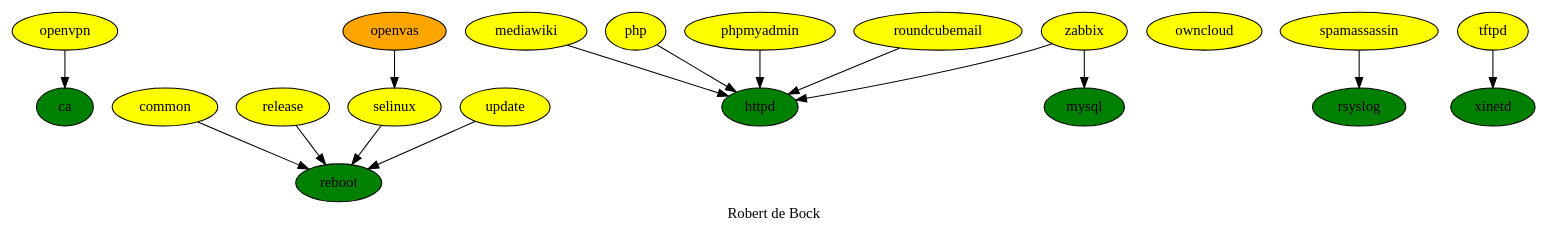
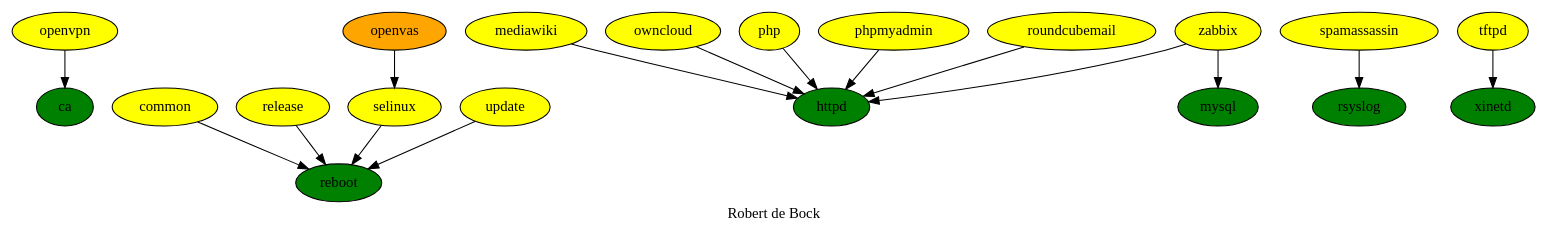
One commit to robertdebock/drawings changed the diagram in hard-dependencies.dot. Above: the diagram before and after it, drawn with Graphviz.

Commit message:
Depend owncloud on httpd

```diff
--- a/hard-dependencies.dot
+++ b/hard-dependencies.dot
@@ -1,32 +1,32 @@
 digraph hierarchy {
   label = "Robert de Bock" ;
   {
     ca [fillcolor=green style=filled]
     common [fillcolor=yellow style=filled]
     httpd [fillcolor=green style=filled]
     mediawiki [fillcolor=yellow style=filled]
     mysql [fillcolor=green style=filled]
     openvas [fillcolor=orange style=filled]
     openvpn [fillcolor=yellow style=filled]
     owncloud [fillcolor=yellow style=filled]
     php [fillcolor=yellow style=filled]
     phpmyadmin [fillcolor=yellow style=filled]
     reboot [fillcolor=green style=filled]
     release [fillcolor=yellow style=filled]
     roundcubemail [fillcolor=yellow style=filled]
     rsyslog [fillcolor=green style=filled]
     selinux [fillcolor=yellow style=filled]
     spamassassin [fillcolor=yellow style=filled]
     tftpd [fillcolor=yellow style=filled]
     update [fillcolor=yellow style=filled]
     xinetd [fillcolor=green style=filled]
     zabbix [fillcolor=yellow style=filled]
   }
   {openvpn} -> ca
   {common release selinux update} -> reboot
   openvas -> selinux
-  {mediawiki php phpmyadmin roundcubemail zabbix}-> httpd
+  {mediawiki owncloud php phpmyadmin roundcubemail zabbix}-> httpd
   spamassassin -> rsyslog
   tftpd -> xinetd
   zabbix -> mysql
 }
```
